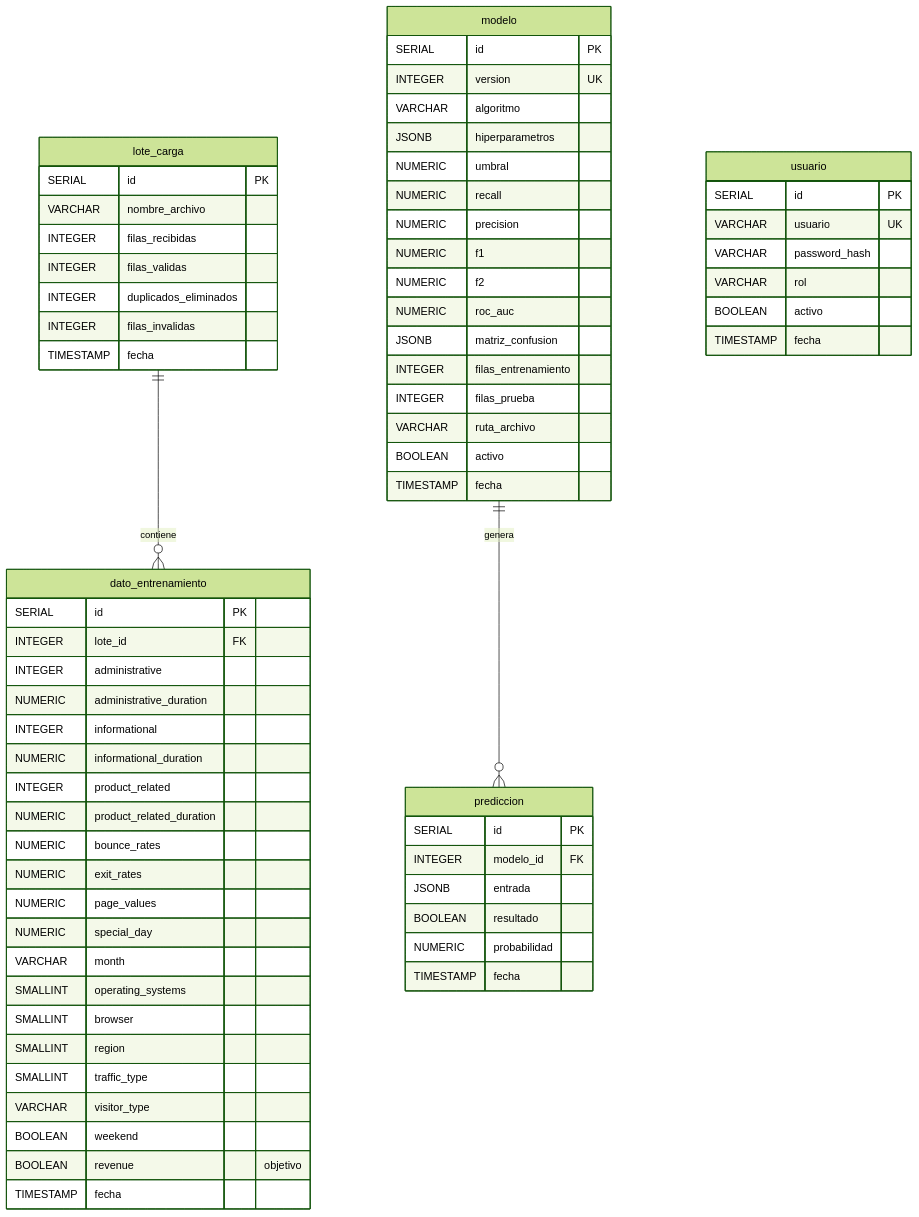
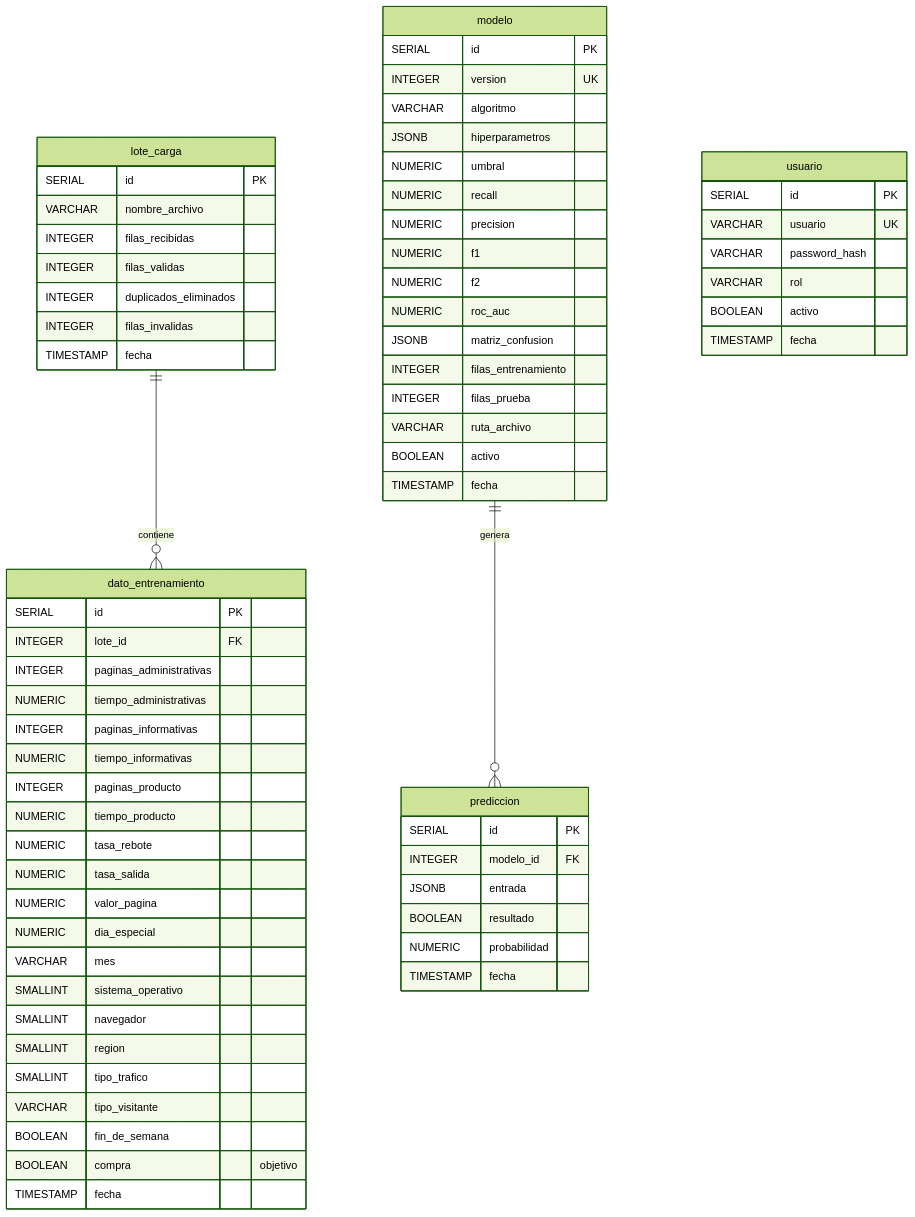
Before and after one commit to limbertz-dev/online-shoppers-ia: the diagram in db/diagrama_bd.mmd, drawn with Mermaid (forest theme). The commit also changed 9 other files, not shown here.

```diff
--- a/db/diagrama_bd.mmd
+++ b/db/diagrama_bd.mmd
@@ -1,70 +1,70 @@
 erDiagram
     lote_carga ||--o{ dato_entrenamiento : "contiene"
     modelo ||--o{ prediccion : "genera"
 
     lote_carga {
         SERIAL id PK
         VARCHAR nombre_archivo
         INTEGER filas_recibidas
         INTEGER filas_validas
         INTEGER duplicados_eliminados
         INTEGER filas_invalidas
         TIMESTAMP fecha
     }
     dato_entrenamiento {
         SERIAL id PK
         INTEGER lote_id FK
-        INTEGER administrative
-        NUMERIC administrative_duration
-        INTEGER informational
-        NUMERIC informational_duration
-        INTEGER product_related
-        NUMERIC product_related_duration
-        NUMERIC bounce_rates
-        NUMERIC exit_rates
-        NUMERIC page_values
-        NUMERIC special_day
-        VARCHAR month
-        SMALLINT operating_systems
-        SMALLINT browser
+        INTEGER paginas_administrativas
+        NUMERIC tiempo_administrativas
+        INTEGER paginas_informativas
+        NUMERIC tiempo_informativas
+        INTEGER paginas_producto
+        NUMERIC tiempo_producto
+        NUMERIC tasa_rebote
+        NUMERIC tasa_salida
+        NUMERIC valor_pagina
+        NUMERIC dia_especial
+        VARCHAR mes
+        SMALLINT sistema_operativo
+        SMALLINT navegador
         SMALLINT region
-        SMALLINT traffic_type
-        VARCHAR visitor_type
-        BOOLEAN weekend
-        BOOLEAN revenue "objetivo"
+        SMALLINT tipo_trafico
+        VARCHAR tipo_visitante
+        BOOLEAN fin_de_semana
+        BOOLEAN compra "objetivo"
         TIMESTAMP fecha
     }
     modelo {
         SERIAL id PK
         INTEGER version UK
         VARCHAR algoritmo
         JSONB hiperparametros
         NUMERIC umbral
         NUMERIC recall
         NUMERIC precision
         NUMERIC f1
         NUMERIC f2
         NUMERIC roc_auc
         JSONB matriz_confusion
         INTEGER filas_entrenamiento
         INTEGER filas_prueba
         VARCHAR ruta_archivo
         BOOLEAN activo
         TIMESTAMP fecha
     }
     prediccion {
         SERIAL id PK
         INTEGER modelo_id FK
         JSONB entrada
         BOOLEAN resultado
         NUMERIC probabilidad
         TIMESTAMP fecha
     }
     usuario {
         SERIAL id PK
         VARCHAR usuario UK
         VARCHAR password_hash
         VARCHAR rol
         BOOLEAN activo
         TIMESTAMP fecha
     }
```
